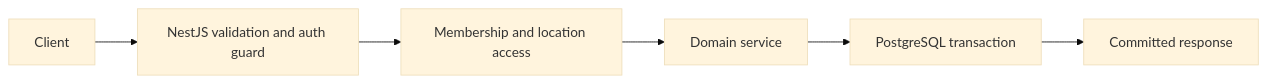
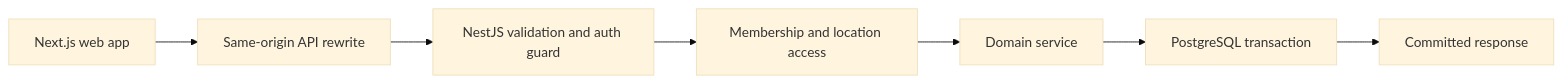
Before and after one commit to jobayermannan/food-intelligence-platform: the diagram in API_USER_FLOW.md, drawn with Mermaid (base theme). The commit also changed other lines of this file and 5 other files, not shown here.

````diff
--- a/API_USER_FLOW.md
+++ b/API_USER_FLOW.md
@@ -5,8 +5,9 @@
 ```mermaid
 flowchart LR
-  C[Client] --> V[NestJS validation and auth guard]
+  C[Next.js web app] --> P[Same-origin API rewrite]
+  P --> V[NestJS validation and auth guard]
   V --> A[Membership and location access]
   A --> S[Domain service]
   S --> T[PostgreSQL transaction]
   T --> R[Committed response]
 ```
````
